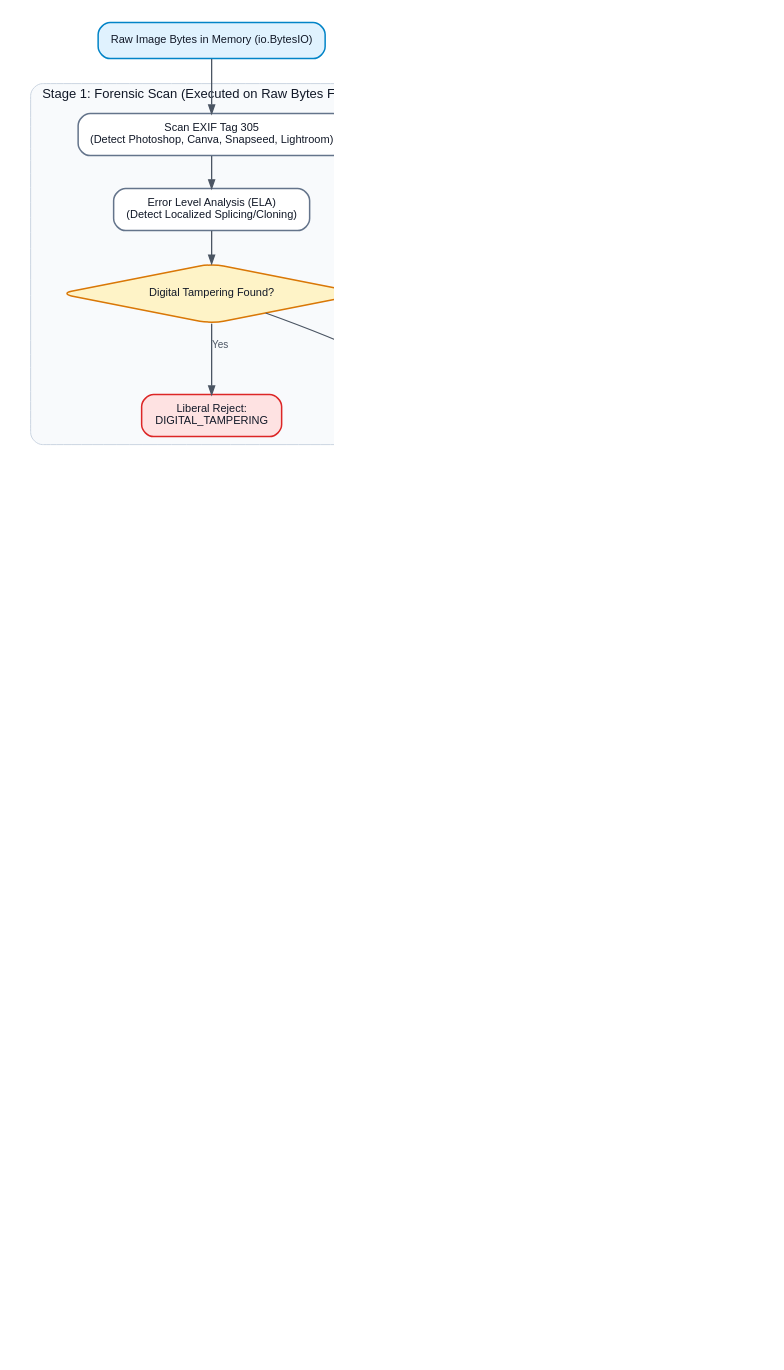
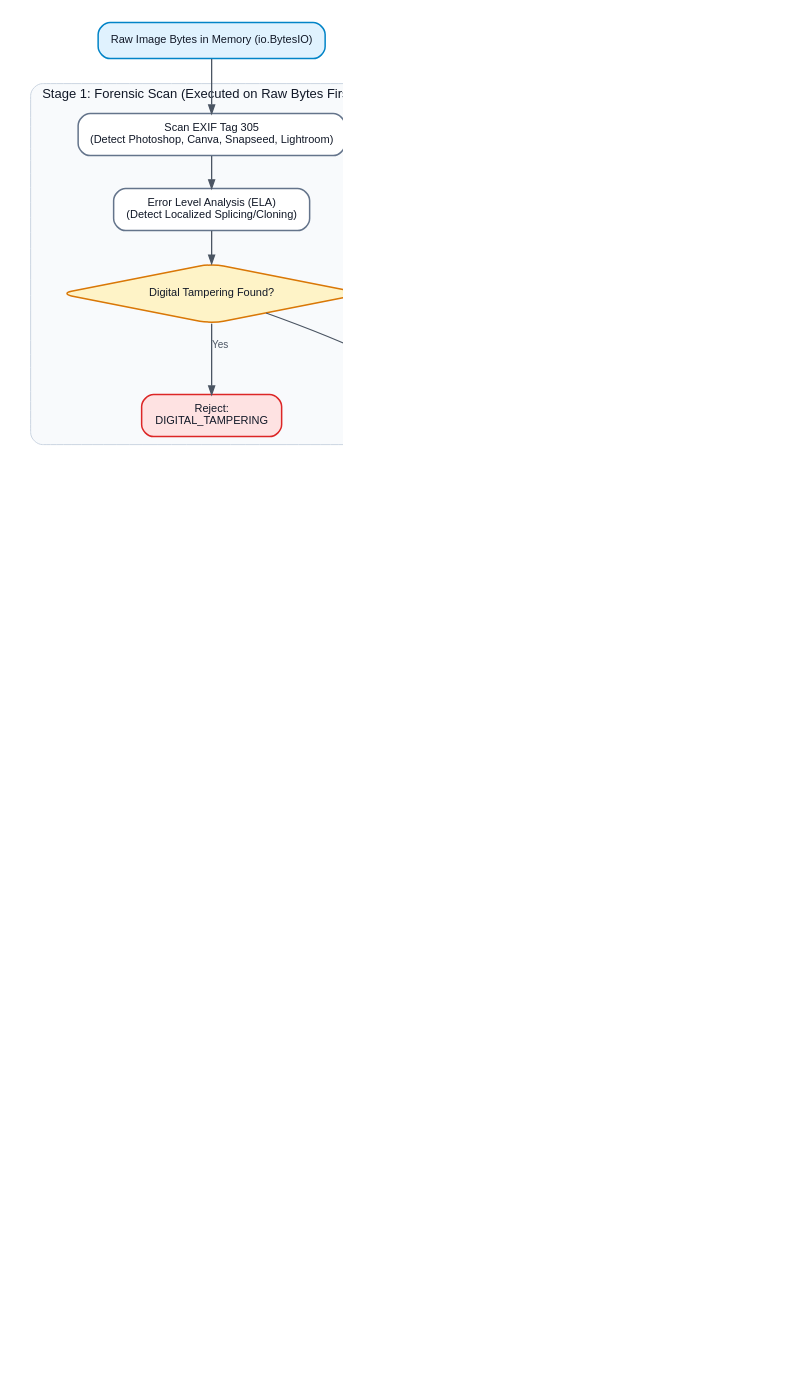
Before and after one commit to btanh3812155/survey-pipeline: the diagram in docs/charts/03_component_2_media_normalization_quality.dot, drawn with Graphviz. The commit also changed 10 other files, not shown here.

Commit message:
docs: re-render all 7 flowcharts with 720x2160 dual-edge bounds and ribbon protection

```diff
--- a/docs/charts/03_component_2_media_normalization_quality.dot
+++ b/docs/charts/03_component_2_media_normalization_quality.dot
@@ -1,55 +1,55 @@
 
 digraph G {
     graph [rankdir=TB, bgcolor="white", dpi=180, nodesep=0.35, ranksep=0.45, fontname="Helvetica, Arial, sans-serif", fontsize=13, fontcolor="#111827", pad="0.3,0.3"];
     node [fontname="Helvetica, Arial, sans-serif", fontsize=11, fontcolor="#111827", shape=box, style="rounded,filled", fillcolor="#f9fafb", color="#9ca3af", penwidth=1.5, margin="0.2,0.12"];
     edge [fontname="Helvetica, Arial, sans-serif", fontsize=10, fontcolor="#4b5563", color="#4b5563", penwidth=1.3, arrowsize=0.85];
 
     raw_in [label="Raw Image Bytes in Memory (io.BytesIO)", fillcolor="#e0f2fe", color="#0284c7"];
 
     subgraph cluster_forensic {
         label="Stage 1: Forensic Scan (Executed on Raw Bytes First!)";
         style="rounded,filled"; fillcolor="#f8fafc"; color="#cbd5e1";
         exif_scan [label="Scan EXIF Tag 305\n(Detect Photoshop, Canva, Snapseed, Lightroom)", fillcolor="#ffffff", color="#64748b"];
         ela_scan [label="Error Level Analysis (ELA)\n(Detect Localized Splicing/Cloning)", fillcolor="#ffffff", color="#64748b"];
         tamper_gate [label="Digital Tampering Found?", shape=diamond, fillcolor="#fef3c7", color="#d97706"];
-        rej_tamper [label="Liberal Reject:\nDIGITAL_TAMPERING", fillcolor="#fee2e2", color="#dc2626"];
+        rej_tamper [label="Reject:\nDIGITAL_TAMPERING", fillcolor="#fee2e2", color="#dc2626"];
     }
 
     subgraph cluster_normalize {
         label="Stage 2: In-Memory Normalization & Bug Elimination";
         style="rounded,filled"; fillcolor="#f8fafc"; color="#cbd5e1";
-        draft_scale [label="libjpeg C Draft Scaling\nim.draft('RGB', (1024, 1024))\n(85% RAM Reduction)", fillcolor="#ffffff", color="#64748b"];
+        draft_scale [label="libjpeg C Draft Scaling\nim.draft('RGB', (720, 720))\n(85% RAM Reduction)", fillcolor="#ffffff", color="#64748b"];
         exif_trans [label="Pillow exif_transpose\n(Auto-Rotate Mobile Orientation)", fillcolor="#ffffff", color="#64748b"];
         purge_exif [label="Purge EXIF Metadata (exif=b'')\n(Kills Double-Rotation Bug)", fillcolor="#ffffff", color="#64748b"];
         alpha_canvas [label="White Canvas Alpha Composite\n(Kills RGBA/P Blackout Bug)", fillcolor="#ffffff", color="#64748b"];
-        webp_enc [label="Lanczos 1024px WebP Encoding\n(Quality 82, ~49KB Payload)", fillcolor="#ffffff", color="#64748b"];
+        webp_enc [label="Lanczos Dual-Bound WebP Encoding\n(Short <= 720, Long <= 2160, Ratio <= 6)\n(Quality 82, ~49KB Payload)", fillcolor="#ffffff", color="#64748b"];
     }
 
     subgraph cluster_quality {
         label="Stage 3: Physical Quality & Exposure Pre-Filters";
         style="rounded,filled"; fillcolor="#f8fafc"; color="#cbd5e1";
         blur_gate [label="OpenCV Laplacian Blur Check\n(Variance >= 100.0)", shape=diamond, fillcolor="#fef3c7", color="#d97706"];
-        rej_blur [label="Liberal Reject:\nIMAGE_TOO_BLURRY", fillcolor="#fee2e2", color="#dc2626"];
+        rej_blur [label="Reject:\nIMAGE_TOO_BLURRY", fillcolor="#fee2e2", color="#dc2626"];
         is_screen [label="Digital UI Screenshot Check\n(is_digital_screenshot)", shape=diamond, fillcolor="#fef3c7", color="#d97706"];
         exempt_screen [label="EXEMPT From Exposure Checks\n(Dark Mode & Light Themes 100% Safe)", fillcolor="#dcfce7", color="#16a34a"];
         p95_check [label="Physical Photo: 95th Percentile\np95 Peak Brightness < 35?", shape=diamond, fillcolor="#fef3c7", color="#d97706"];
-        rej_dark [label="Liberal Reject:\nIMAGE_TOO_DARK", fillcolor="#fee2e2", color="#dc2626"];
+        rej_dark [label="Reject:\nIMAGE_TOO_DARK", fillcolor="#fee2e2", color="#dc2626"];
         glare_check [label="Specular Glare Check\n(Flash Halo Destroys Text Edges?)", shape=diamond, fillcolor="#fef3c7", color="#d97706"];
-        rej_glare [label="Liberal Reject:\nSPECULAR_GLARE", fillcolor="#fee2e2", color="#dc2626"];
+        rej_glare [label="Reject:\nSPECULAR_GLARE", fillcolor="#fee2e2", color="#dc2626"];
         pass_quality [label="Quality Gate PASSED\n(Hand off to Fleet Screening & AI)", fillcolor="#dcfce7", color="#16a34a"];
     }
 
     raw_in -> exif_scan -> ela_scan -> tamper_gate;
     tamper_gate -> rej_tamper [label="Yes"];
     tamper_gate -> draft_scale [label="No (Clean)"];
     draft_scale -> exif_trans -> purge_exif -> alpha_canvas -> webp_enc -> blur_gate;
     blur_gate -> rej_blur [label="Variance < 100"];
     blur_gate -> is_screen [label="Sharp (Variance >= 100)"];
     is_screen -> exempt_screen [label="Yes (App Screenshot)"];
     exempt_screen -> pass_quality;
     is_screen -> p95_check [label="No (Camera Shot)"];
     p95_check -> rej_dark [label="p95 < 35 (Pitch Black)"];
     p95_check -> glare_check [label="p95 >= 35"];
     glare_check -> rej_glare [label="Text Obliterated"];
     glare_check -> pass_quality [label="Text Sharp & Legible"];
 }
```
